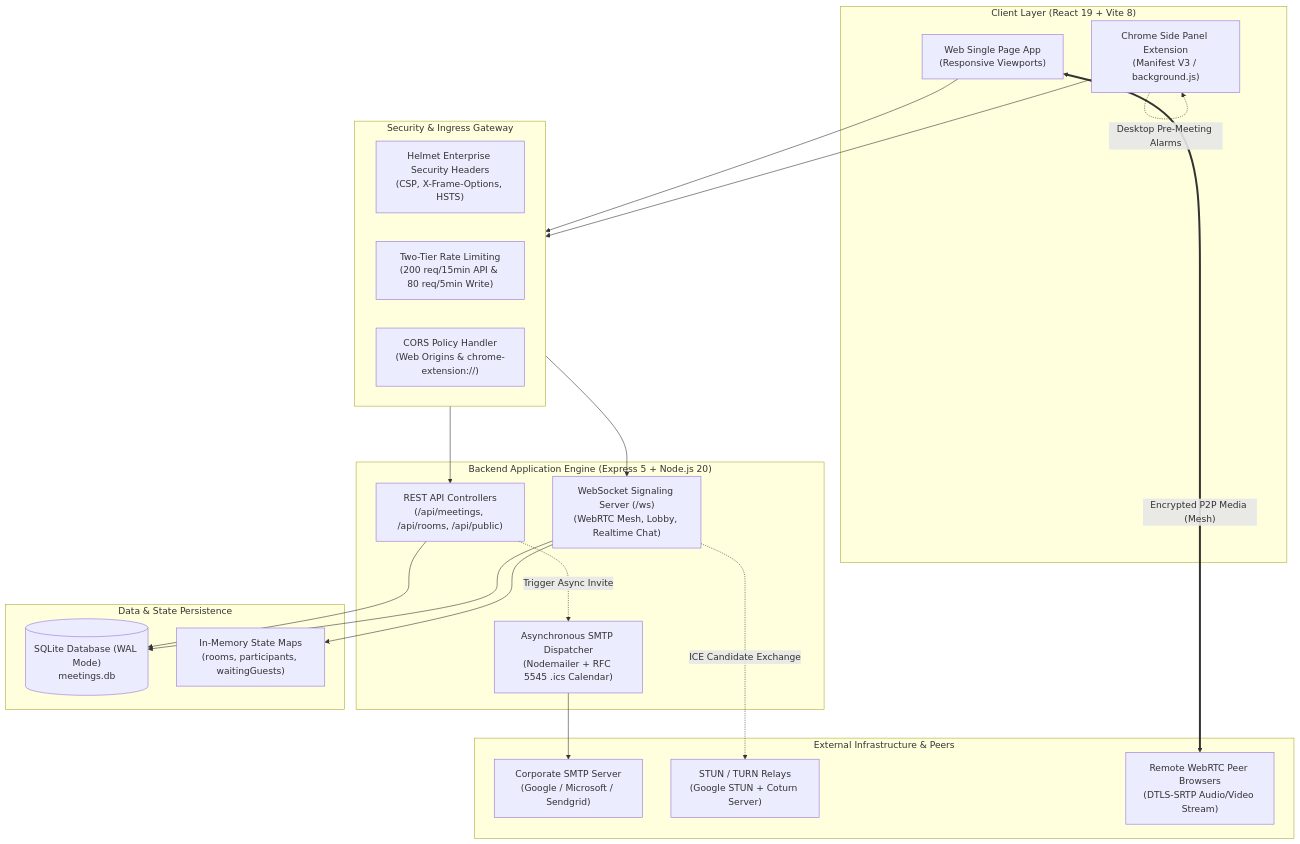
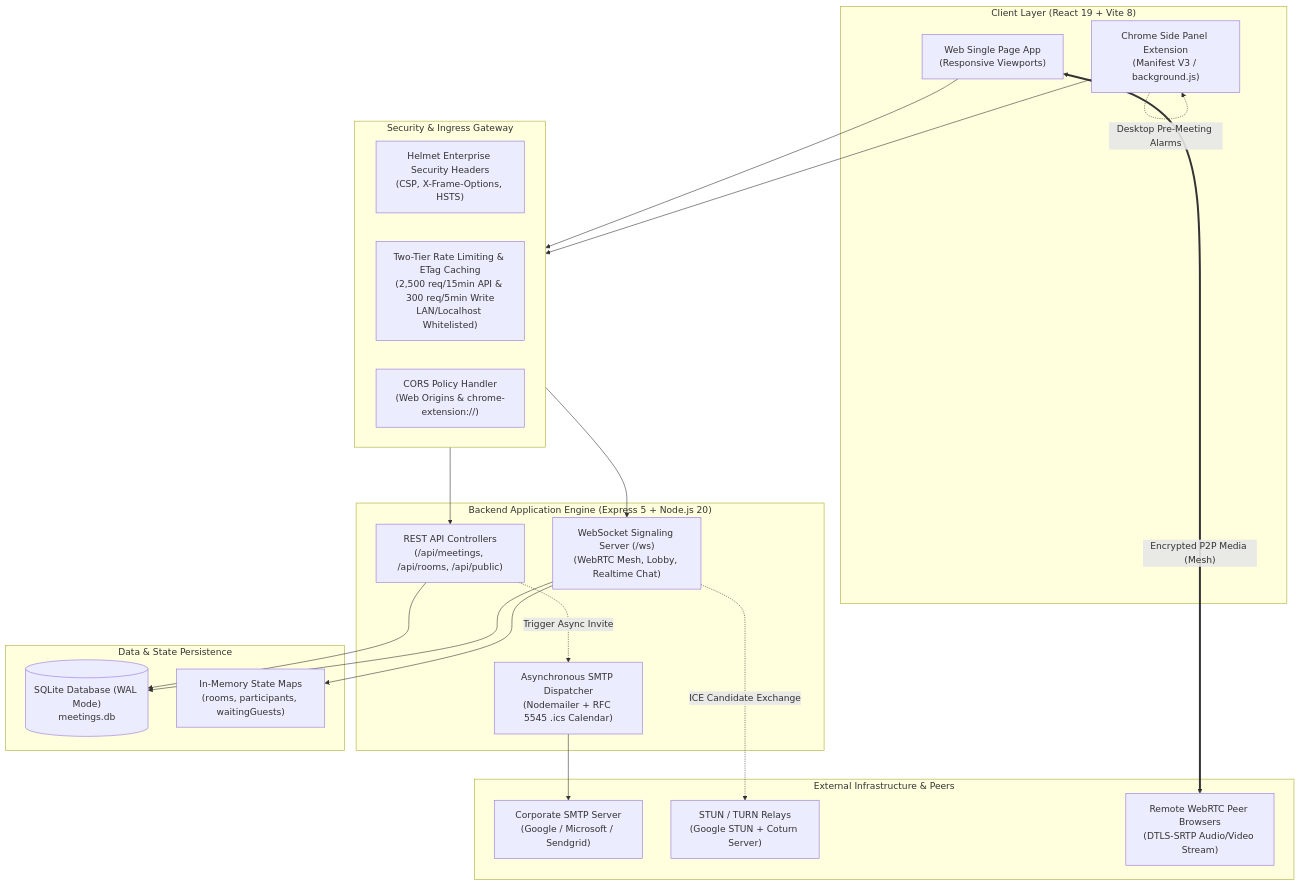
The first of 11 diagrams in PROJECT_DOCUMENTATION.md (itssagarK/meetManager), drawn with Mermaid before and after one commit. The commit also changed other lines of this file and 25 other files, not shown here.

````diff
--- a/PROJECT_DOCUMENTATION.md
+++ b/PROJECT_DOCUMENTATION.md
@@ -116,46 +116,46 @@
 ```mermaid
 flowchart TD
     subgraph ClientRuntime["Client Layer (React 19 + Vite 8)"]
         WebSPA["Web Single Page App\n(Responsive Viewports)"]
         ChromeExt["Chrome Side Panel Extension\n(Manifest V3 / background.js)"]
     end
 
     subgraph SecurityGateway["Security & Ingress Gateway"]
         HelmetHeaders["Helmet Enterprise Security Headers\n(CSP, X-Frame-Options, HSTS)"]
-        RateLimits["Two-Tier Rate Limiting\n(200 req/15min API & 80 req/5min Write)"]
+        RateLimits["Two-Tier Rate Limiting & ETag Caching\n(2,500 req/15min API & 300 req/5min Write\nLAN/Localhost Whitelisted)"]
         CORSControl["CORS Policy Handler\n(Web Origins & chrome-extension://)"]
     end
 
     subgraph ServerCore["Backend Application Engine (Express 5 + Node.js 20)"]
         RESTControllers["REST API Controllers\n(/api/meetings, /api/rooms, /api/public)"]
         SignalingEngine["WebSocket Signaling Server (/ws)\n(WebRTC Mesh, Lobby, Realtime Chat)"]
         EmailWorker["Asynchronous SMTP Dispatcher\n(Nodemailer + RFC 5545 .ics Calendar)"]
     end
 
     subgraph DataStorage["Data & State Persistence"]
         SQLiteEngine[("SQLite Database (WAL Mode)\nmeetings.db")]
         MemoryRooms["In-Memory State Maps\n(rooms, participants, waitingGuests)"]
     end
 
     subgraph ExternalNetwork["External Infrastructure & Peers"]
         SMTPRelay["Corporate SMTP Server\n(Google / Microsoft / Sendgrid)"]
         STUNTURN["STUN / TURN Relays\n(Google STUN + Coturn Server)"]
         RemotePeers["Remote WebRTC Peer Browsers\n(DTLS-SRTP Audio/Video Stream)"]
     end
 
     WebSPA --> SecurityGateway
     ChromeExt --> SecurityGateway
     ChromeExt -. "Desktop Pre-Meeting Alarms" .-> ChromeExt
 
     SecurityGateway --> RESTControllers
     SecurityGateway --> SignalingEngine
 
     RESTControllers --> SQLiteEngine
     RESTControllers -. "Trigger Async Invite" .-> EmailWorker
     EmailWorker --> SMTPRelay
 
     SignalingEngine --> MemoryRooms
     SignalingEngine --> SQLiteEngine
     SignalingEngine -. "ICE Candidate Exchange" .-> STUNTURN
     WebSPA <== "Encrypted P2P Media (Mesh)" ==> RemotePeers
 ```
````
